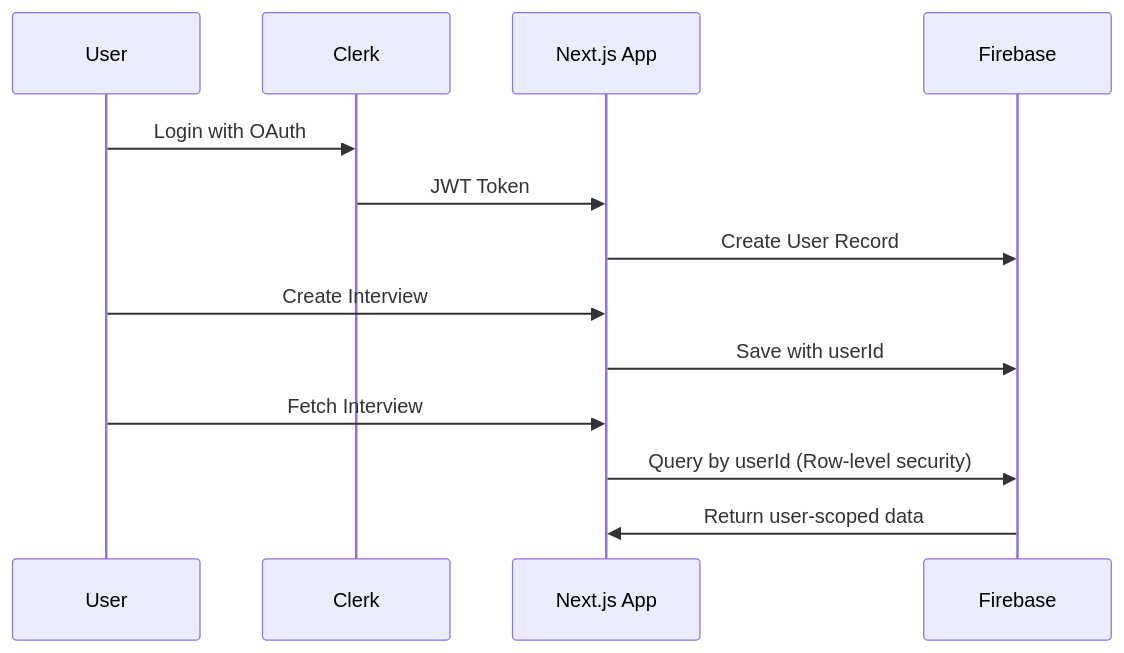
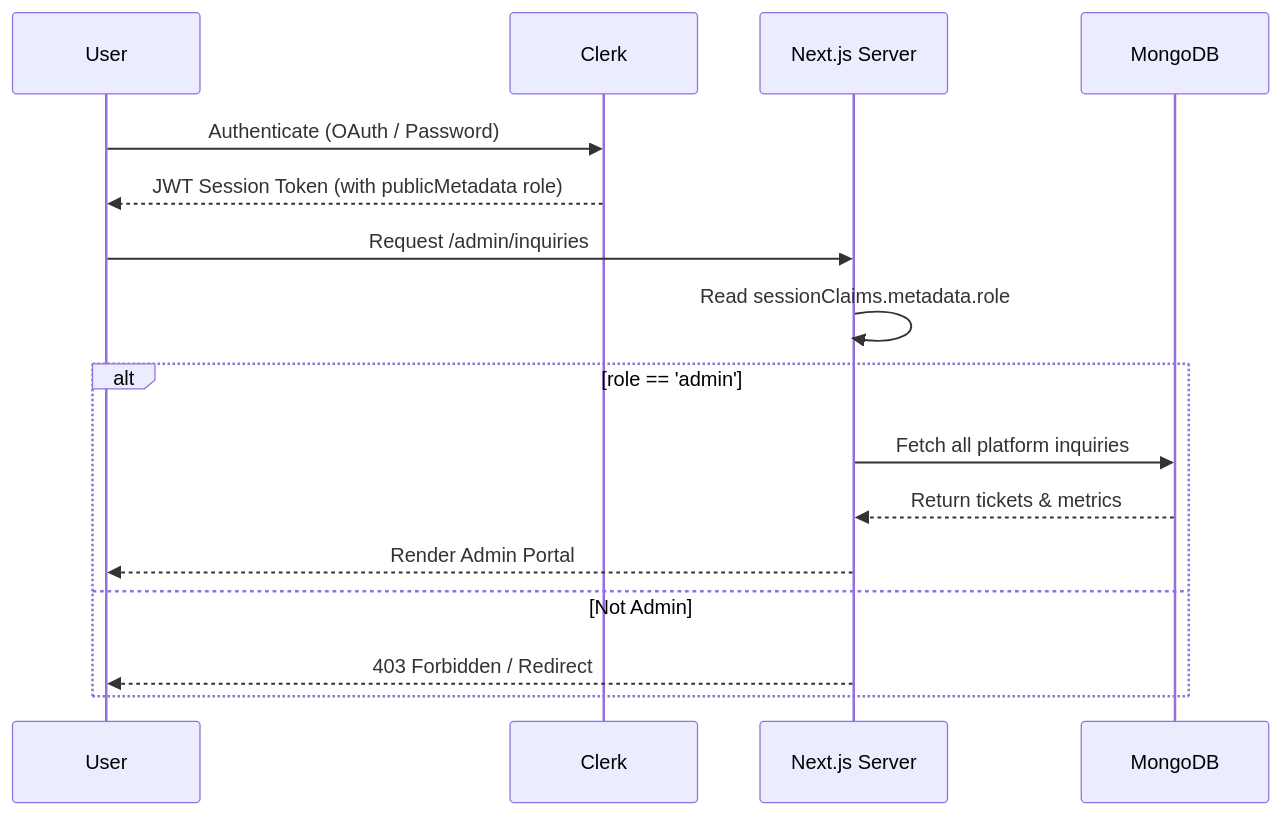
One commit to kunjvaghani/Mockmate changed the third of 4 diagrams in README.md. Above: the diagram before and after it, drawn with Mermaid. The commit also changed other lines of this file, not shown here.

````diff
--- a/README.md
+++ b/README.md
@@ -364,16 +446,19 @@
 ```mermaid
 sequenceDiagram
     participant User
     participant Clerk
-    participant Next.js App
-    participant Firebase
-    
-    User->>Clerk: Login with OAuth
-    Clerk->>Next.js App: JWT Token
-    Next.js App->>Firebase: Create User Record
-    User->>Next.js App: Create Interview
-    Next.js App->>Firebase: Save with userId
-    User->>Next.js App: Fetch Interview
-    Next.js App->>Firebase: Query by userId (Row-level security)
-    Firebase->>Next.js App: Return user-scoped data
+    participant App as Next.js Server
+    participant DB as MongoDB
+
+    User->>Clerk: Authenticate (OAuth / Password)
+    Clerk-->>User: JWT Session Token (with publicMetadata role)
+    User->>App: Request /admin/inquiries
+    App->>App: Read sessionClaims.metadata.role
+    alt role == 'admin'
+        App->>DB: Fetch all platform inquiries
+        DB-->>App: Return tickets & metrics
+        App-->>User: Render Admin Portal
+    else Not Admin
+        App-->>User: 403 Forbidden / Redirect
+    end
 ```
````
